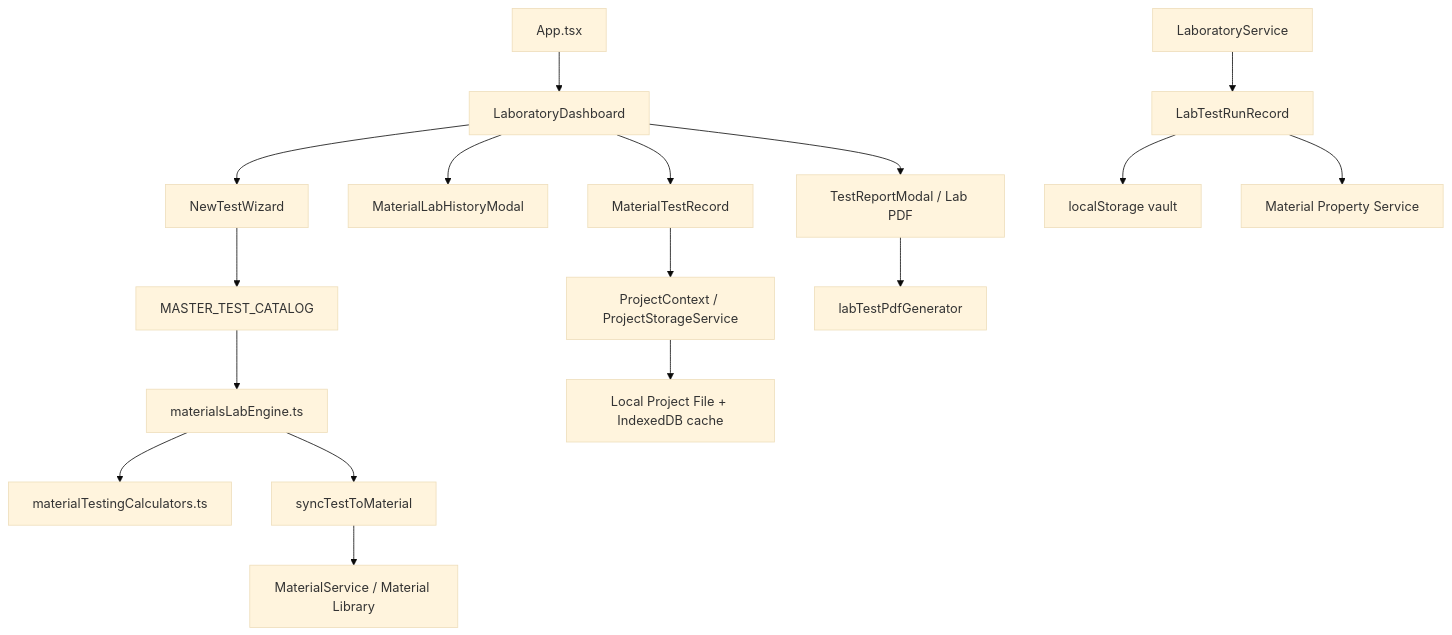
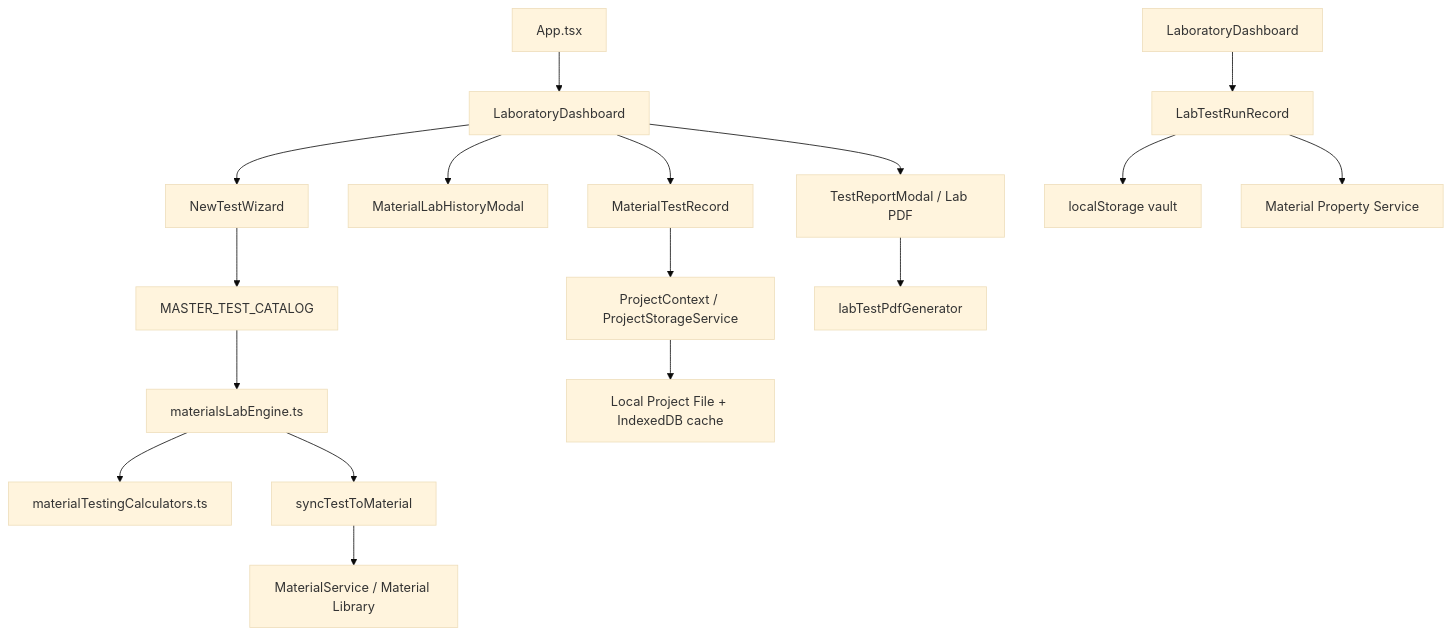
Before and after one commit to snotlex/SnoLab: the diagram in docs/SnoLab_Laboratory_Audit_and_Phase1_Plan_AR.md, drawn with Mermaid (base theme). The commit also changed other lines of this file and 30 other files, not shown here.

````diff
--- a/docs/SnoLab_Laboratory_Audit_and_Phase1_Plan_AR.md
+++ b/docs/SnoLab_Laboratory_Audit_and_Phase1_Plan_AR.md
@@ -21,19 +21,19 @@
 ```mermaid
 flowchart TD
   App[App.tsx] --> Dashboard[LaboratoryDashboard]
   Dashboard --> Wizard[NewTestWizard]
   Dashboard --> History[MaterialLabHistoryModal]
   Dashboard --> Report[TestReportModal / Lab PDF]
   Wizard --> Catalog[MASTER_TEST_CATALOG]
   Catalog --> Engine[materialsLabEngine.ts]
   Engine --> Calc[materialTestingCalculators.ts]
   Engine --> Sync[syncTestToMaterial]
   Sync --> Material[MaterialService / Material Library]
   Dashboard --> Record[MaterialTestRecord]
   Record --> Project[ProjectContext / ProjectStorageService]
   Project --> Local[Local Project File + IndexedDB cache]
-  LaboratoryService --> Run[LabTestRunRecord]
+  LaboratoryDashboard --> Run[LabTestRunRecord]
   Run --> BrowserStorage[localStorage vault]
   Run --> Property[Material Property Service]
   Report --> Pdf[labTestPdfGenerator]
 ```
````
